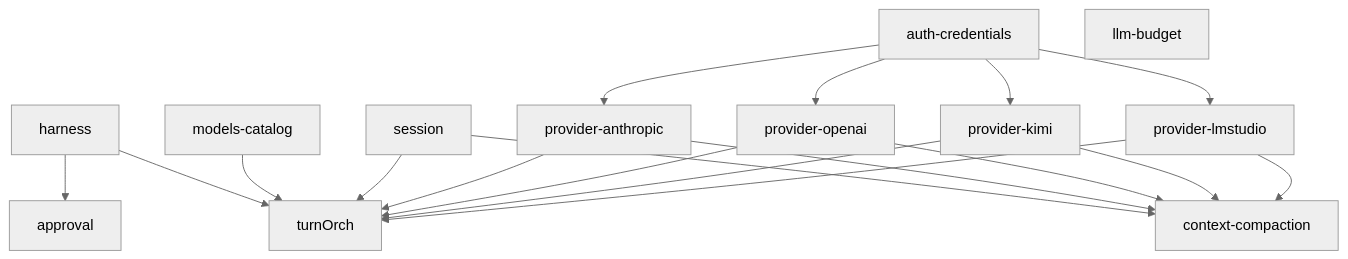
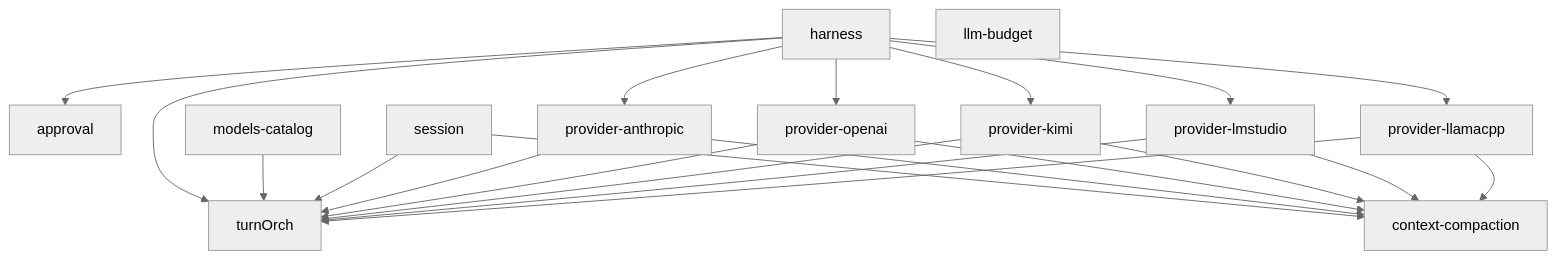
One commit to iii-hq/workers changed the fourth of 5 diagrams in harness/docs/architecture.md. Above: the diagram before and after it, drawn with Mermaid (neutral theme). The commit also changed other lines of this file and 119 other files, not shown here.

````diff
--- a/harness/docs/architecture.md
+++ b/harness/docs/architecture.md
@@ -265,21 +272,24 @@
 ```mermaid
 flowchart TD
   harness --> turnOrch
   harness --> approval
   models[models-catalog] --> turnOrch
   session --> turnOrch
-  auth[auth-credentials] --> provAnth[provider-anthropic]
-  auth --> provOAI[provider-openai]
-  auth --> provKimi[provider-kimi]
-  auth --> provLms[provider-lmstudio]
+  harness --> provAnth[provider-anthropic]
+  harness --> provOAI[provider-openai]
+  harness --> provKimi[provider-kimi]
+  harness --> provLms[provider-lmstudio]
+  harness --> provLlama[provider-llamacpp]
   provAnth --> turnOrch
   provOAI --> turnOrch
   provKimi --> turnOrch
   provLms --> turnOrch
+  provLlama --> turnOrch
   session --> compact[context-compaction]
   provAnth --> compact
   provOAI --> compact
   provKimi --> compact
   provLms --> compact
+  provLlama --> compact
   budget[llm-budget]
 ```
````
